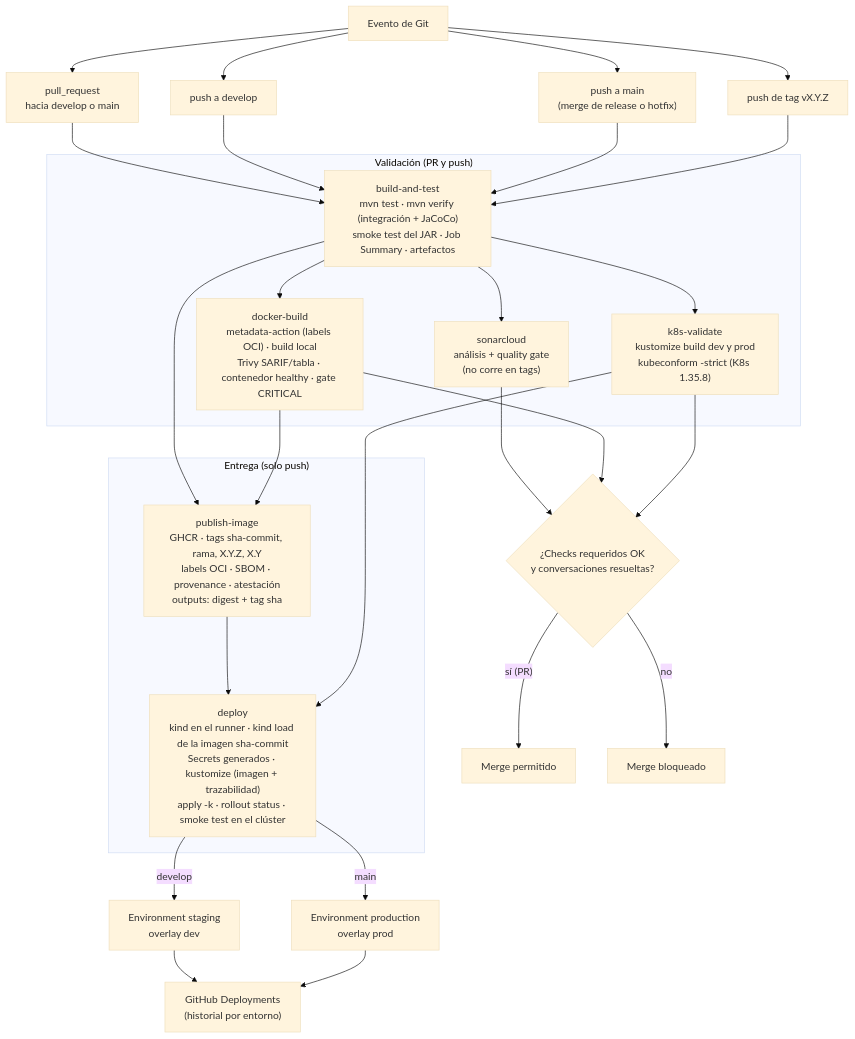
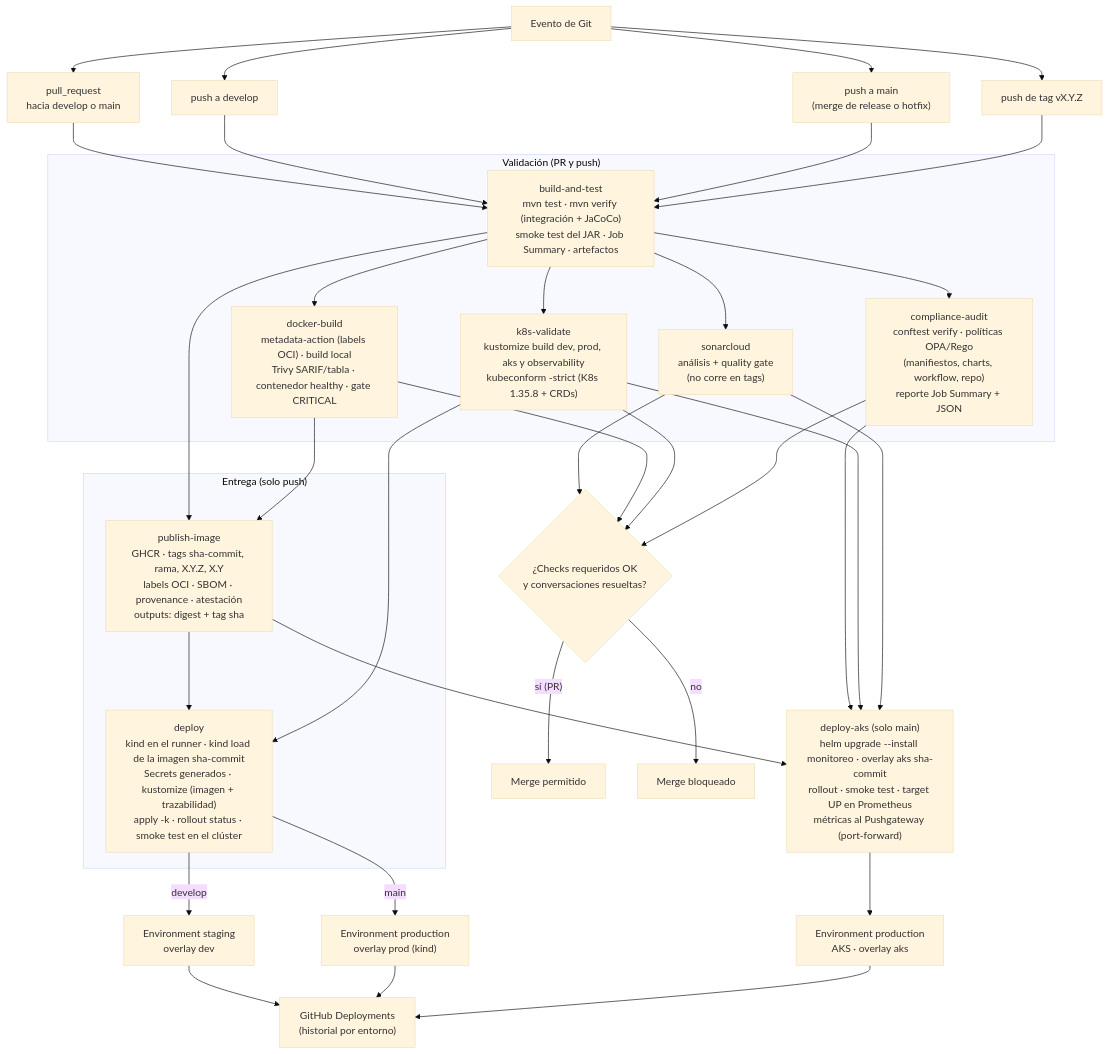
One commit to DGomezPalacios/charmeetchic_api changed the second of 3 diagrams in docs/workflow.md. Above: the diagram before and after it, drawn with Mermaid (base theme). The commit also changed other lines of this file and 3 other files, not shown here.

First line of the commit message:
docs(observability): documenta observabilidad, cumplimiento, gates del pipeline y despliegue en AKS

````diff
--- a/docs/workflow.md
+++ b/docs/workflow.md
@@ -72,32 +74,35 @@
 ```mermaid
 flowchart TD
     EV["Evento de Git"] --> EVPR["pull_request<br/>hacia develop o main"]
     EV --> EVD["push a develop"]
     EV --> EVM["push a main<br/>(merge de release o hotfix)"]
     EV --> EVT["push de tag vX.Y.Z"]
 
     EVPR & EVD & EVM & EVT --> BT
 
     subgraph VALIDACION["Validación (PR y push)"]
         BT["build-and-test<br/>mvn test · mvn verify (integración + JaCoCo)<br/>smoke test del JAR · Job Summary · artefactos"]
         BT --> SC["sonarcloud<br/>análisis + quality gate<br/>(no corre en tags)"]
         BT --> DB["docker-build<br/>metadata-action (labels OCI) · build local<br/>Trivy SARIF/tabla · contenedor healthy · gate CRITICAL"]
-        BT --> KV["k8s-validate<br/>kustomize build dev y prod<br/>kubeconform -strict (K8s 1.35.8)"]
+        BT --> KV["k8s-validate<br/>kustomize build dev, prod, aks y observability<br/>kubeconform -strict (K8s 1.35.8 + CRDs)"]
+        BT --> CA["compliance-audit<br/>conftest verify · políticas OPA/Rego<br/>(manifiestos, charts, workflow, repo)<br/>reporte Job Summary + JSON"]
     end
 
     subgraph ENTREGA["Entrega (solo push)"]
         PI["publish-image<br/>GHCR · tags sha-commit, rama, X.Y.Z, X.Y<br/>labels OCI · SBOM · provenance · atestación<br/>outputs: digest + tag sha"]
         DE["deploy<br/>kind en el runner · kind load de la imagen sha-commit<br/>Secrets generados · kustomize (imagen + trazabilidad)<br/>apply -k · rollout status · smoke test en el clúster"]
     end
 
     BT & DB --> PI
     PI & KV --> DE
+    PI & CA & KV & SC --> DA["deploy-aks (solo main)<br/>helm upgrade --install monitoreo · overlay aks sha-commit<br/>rollout · smoke test · target UP en Prometheus<br/>métricas al Pushgateway (port-forward)"]
 
     DE -->|"develop"| STG["Environment staging<br/>overlay dev"]
-    DE -->|"main"| PRD["Environment production<br/>overlay prod"]
-    STG & PRD --> GD["GitHub Deployments<br/>(historial por entorno)"]
+    DE -->|"main"| PRD["Environment production<br/>overlay prod (kind)"]
+    DA --> AKS["Environment production<br/>AKS · overlay aks"]
+    STG & PRD & AKS --> GD["GitHub Deployments<br/>(historial por entorno)"]
 
-    SC & DB & KV --> CK{"¿Checks requeridos OK<br/>y conversaciones resueltas?"}
+    SC & DB & KV & CA --> CK{"¿Checks requeridos OK<br/>y conversaciones resueltas?"}
     CK -->|"sí (PR)"| MG["Merge permitido"]
     CK -->|no| BL["Merge bloqueado"]
 ```
````
